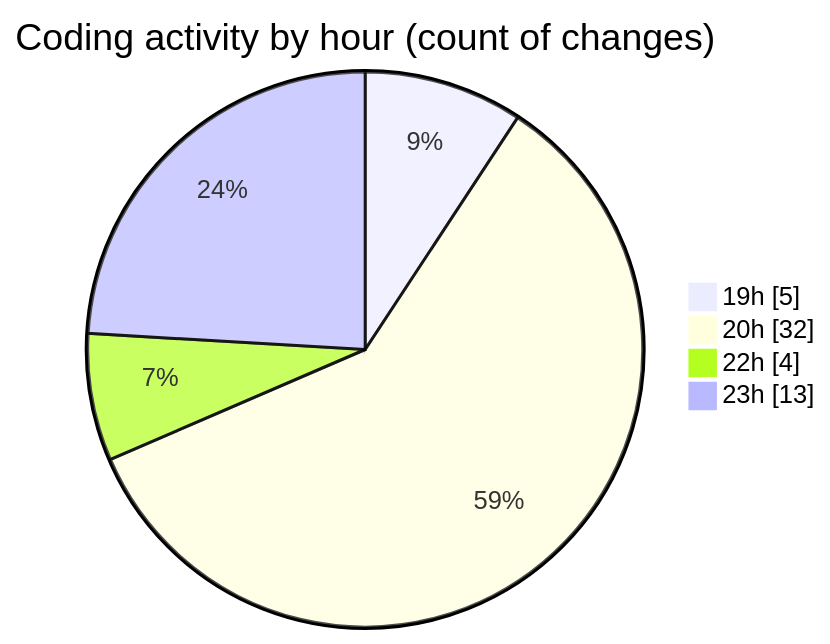
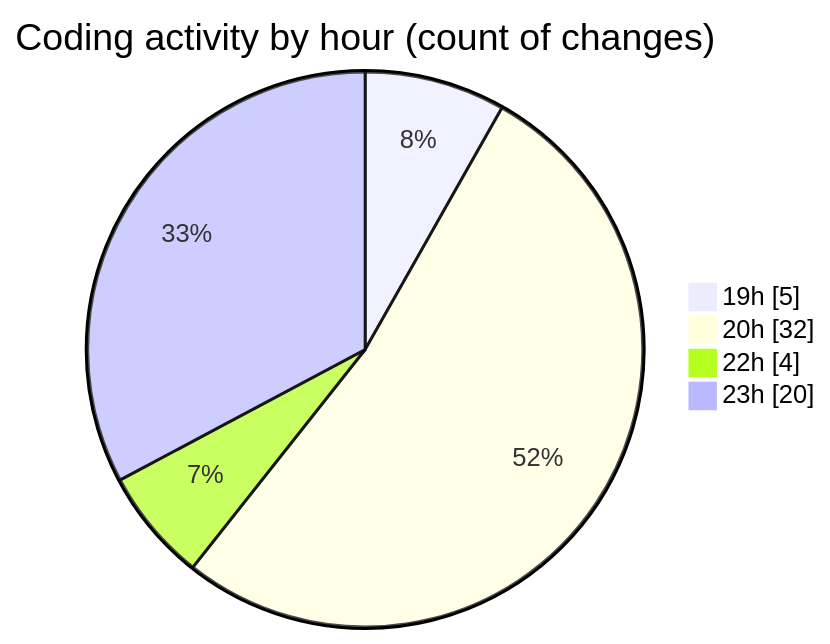
Before and after one commit to Netris89/code-tracking: the second of 2 diagrams in 2025-04-25/echo/README.md, drawn with Mermaid. The commit also changed other lines of this file and 1 other file, not shown here.

````diff
--- a/2025-04-25/echo/README.md
+++ b/2025-04-25/echo/README.md
@@ -33,8 +33,8 @@
 ```mermaid
 pie showData
 title Coding activity by hour (count of changes)
 "19h" : 5
 "20h" : 32
 "22h" : 4
-"23h" : 13
+"23h" : 20
 ```
````
